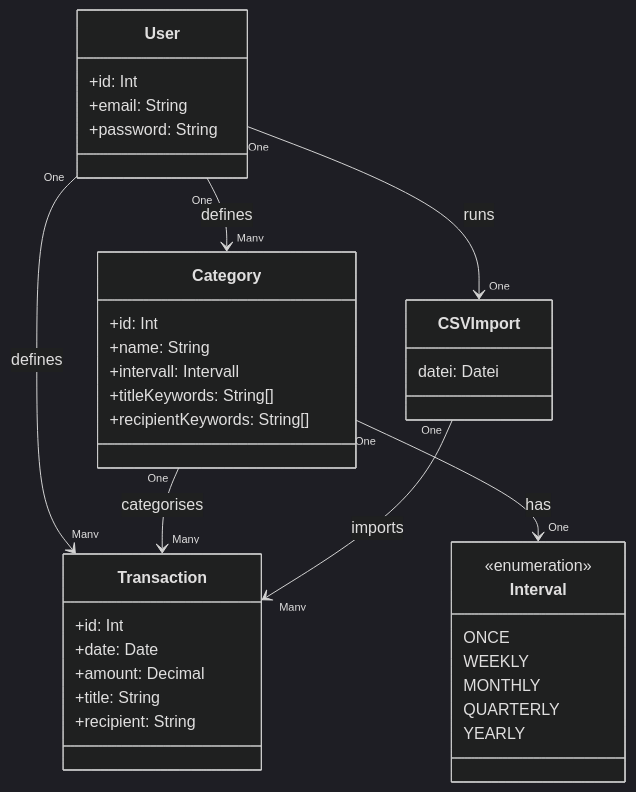
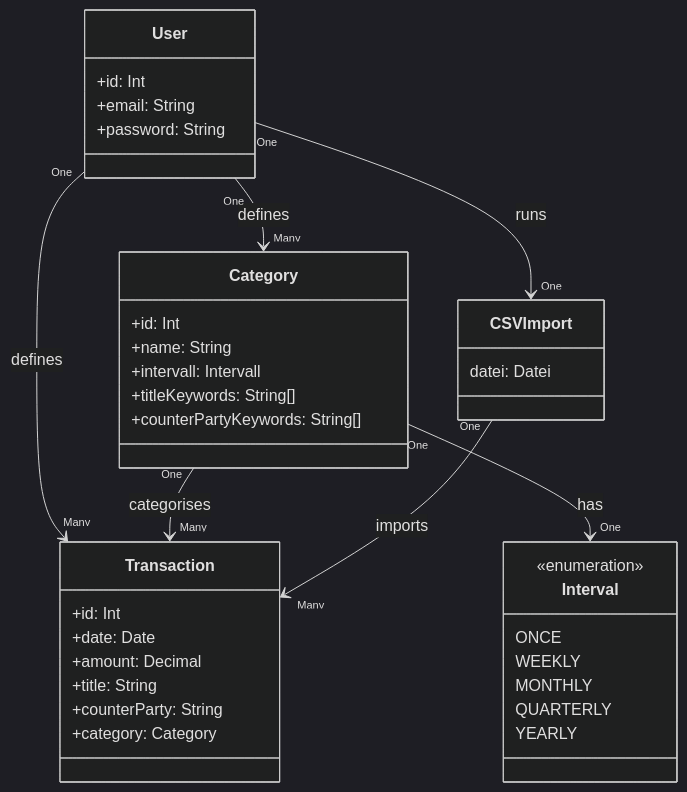
Before and after one commit to MoritzLue24/Broke-Manager: the diagram in Docs/backend-spec.md, drawn with Mermaid (dark theme). The commit also changed other lines of this file, not shown here.

Commit message:
Update terminology for transaction categorization

````diff
--- a/Docs/backend-spec.md
+++ b/Docs/backend-spec.md
@@ -23,46 +23,47 @@
 ```mermaid
 classDiagram
     class User {
         +id: Int
         +email: String
         +password: String
     }
 
     class Transaction {
         +id: Int
         +date: Date
         +amount: Decimal
         +title: String
-        +recipient: String
+        +counterParty: String
+        +category: Category
     }
 
     class Category {
         +id: Int 
         +name: String
         +intervall: Intervall
         +titleKeywords: String[]
-        +recipientKeywords: String[]
+        +counterPartyKeywords: String[]
     }
 
     class Interval {
         <<enumeration>>
         ONCE
         WEEKLY
         MONTHLY
         QUARTERLY
         YEARLY
     }
 
     class CSVImport {
         datei: Datei
     }
 
     
 
     User "One" --> "Many" Transaction : defines
     User "One" --> "Many" Category : defines
     Category "One" --> "One" Interval : has
     Category "One" --> "Many" Transaction : categorises
     User "One" --> "One" CSVImport : runs
     CSVImport "One" --> "Many" Transaction : imports
 ```
````
